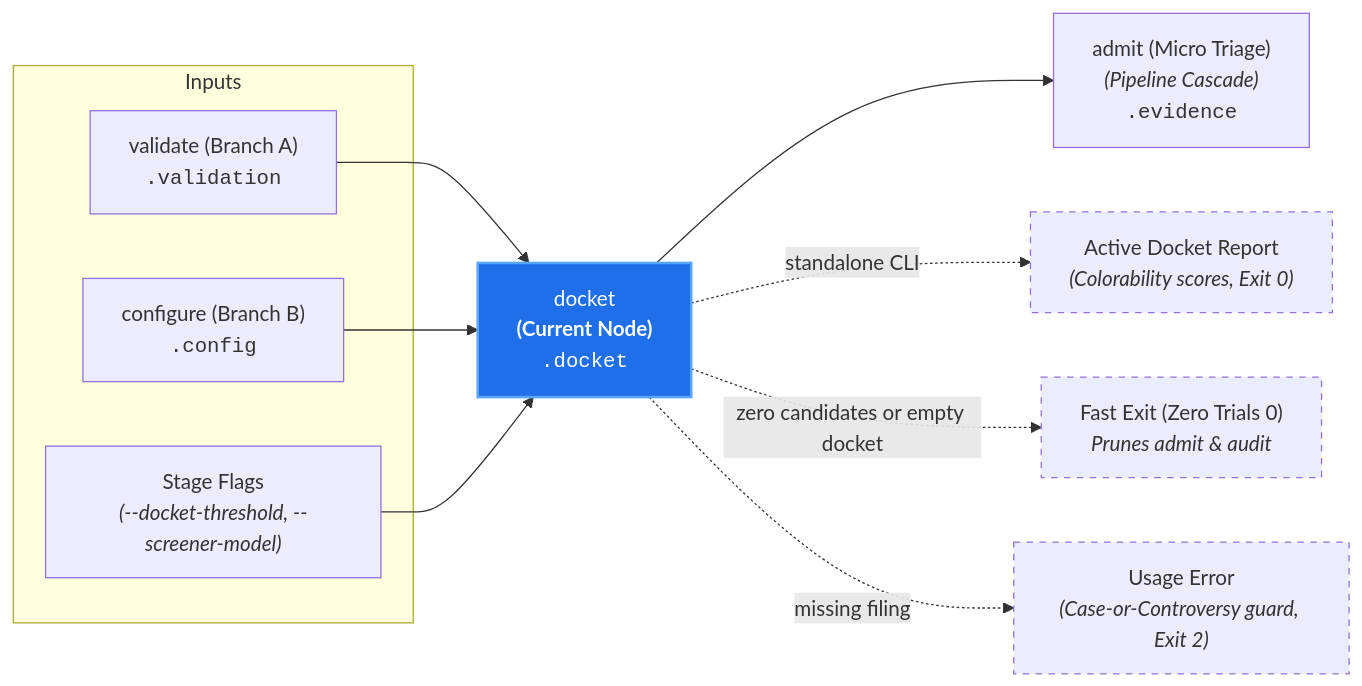
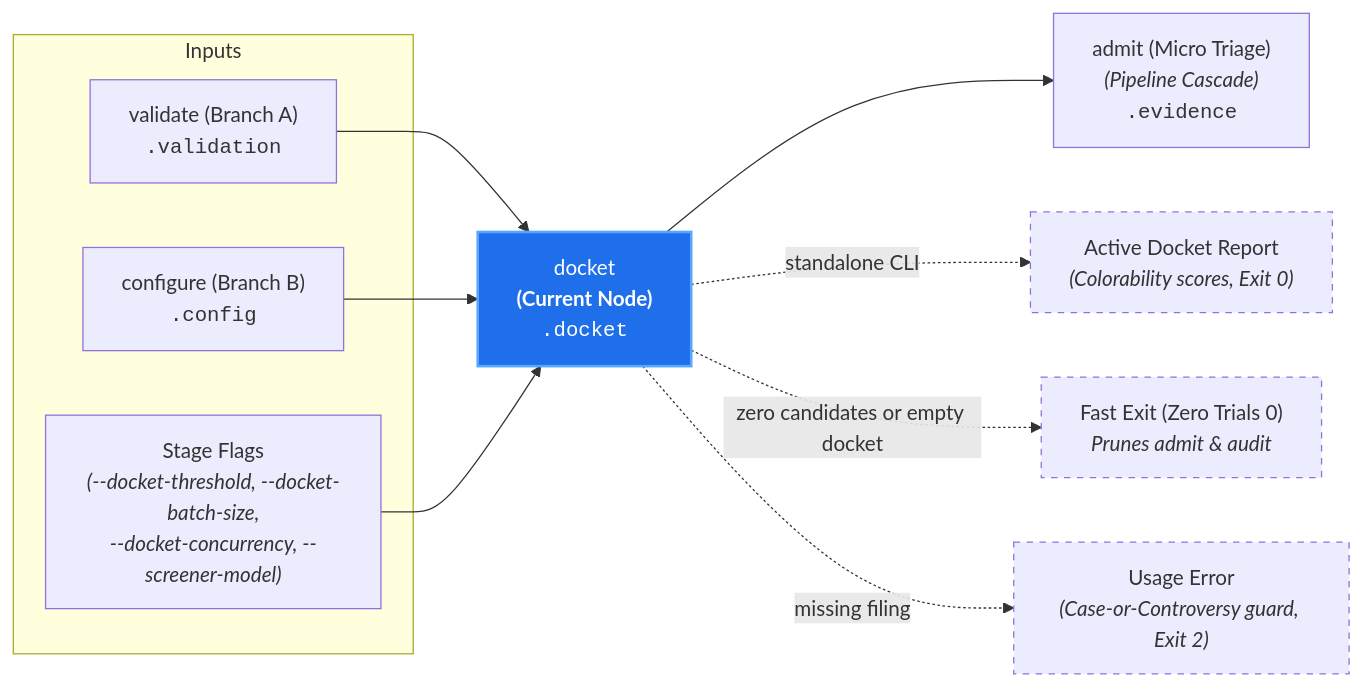
Before and after one commit to PAIR-code/canon-clerk: the diagram in docs/architecture/nodes/docket.md, drawn with Mermaid. The commit also changed other lines of this file and 10 other files, not shown here.

First line of the commit message:
feat(core,cli): improve docket screening consistency with optional canon batching and concurrency (#263) (#264)

````diff
--- a/docs/architecture/nodes/docket.md
+++ b/docs/architecture/nodes/docket.md
@@ -22,22 +22,22 @@
 ```mermaid
 flowchart LR
     subgraph Inputs["Inputs"]
         Validate["validate (Branch A)<br/><code>.validation</code>"]
         Config["configure (Branch B)<br/><code>.config</code>"]
-        Params["Stage Flags<br/><i>(--docket-threshold, --screener-model)</i>"]
+        Params["Stage Flags<br/><i>(--docket-threshold, --docket-batch-size,<br/>--docket-concurrency, --screener-model)</i>"]
     end
 
     Validate --> Docket["docket<br/><b>(Current Node)</b><br/><code>.docket</code>"]
     Config --> Docket
     Params --> Docket
 
     Docket --> Admit["admit (Micro Triage)<br/><i>(Pipeline Cascade)</i><br/><code>.evidence</code>"]
     Docket -. "standalone CLI" .-> DocketReport["Active Docket Report<br/><i>(Colorability scores, Exit 0)</i>"]
     Docket -. "zero candidates or empty docket" .-> ZeroCases["Fast Exit (Zero Trials 0)<br/><i>Prunes admit & audit</i>"]
     Docket -. "missing filing" .-> UsageError["Usage Error<br/><i>(Case-or-Controversy guard, Exit 2)</i>"]
 
     style Docket fill:#1f6feb,stroke:#58a6ff,stroke-width:2px,color:#fff
     style DocketReport stroke-dasharray: 5 5
     style ZeroCases stroke-dasharray: 5 5
     style UsageError stroke-dasharray: 5 5
 ```
````
